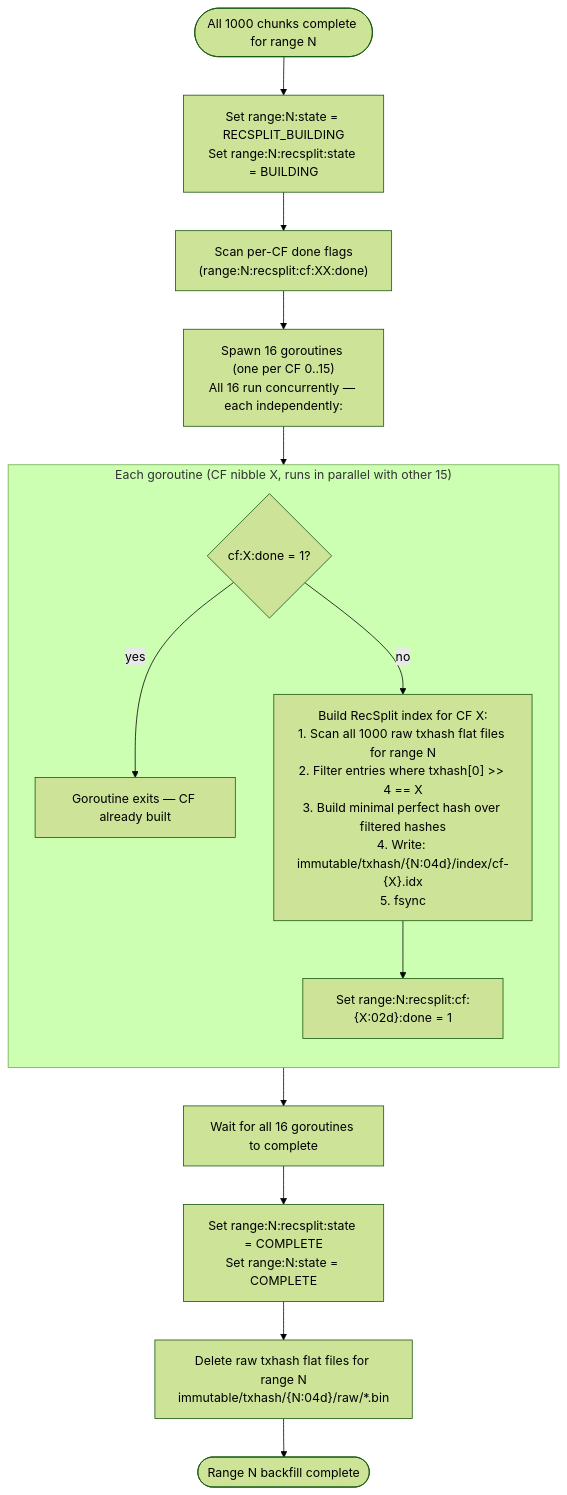
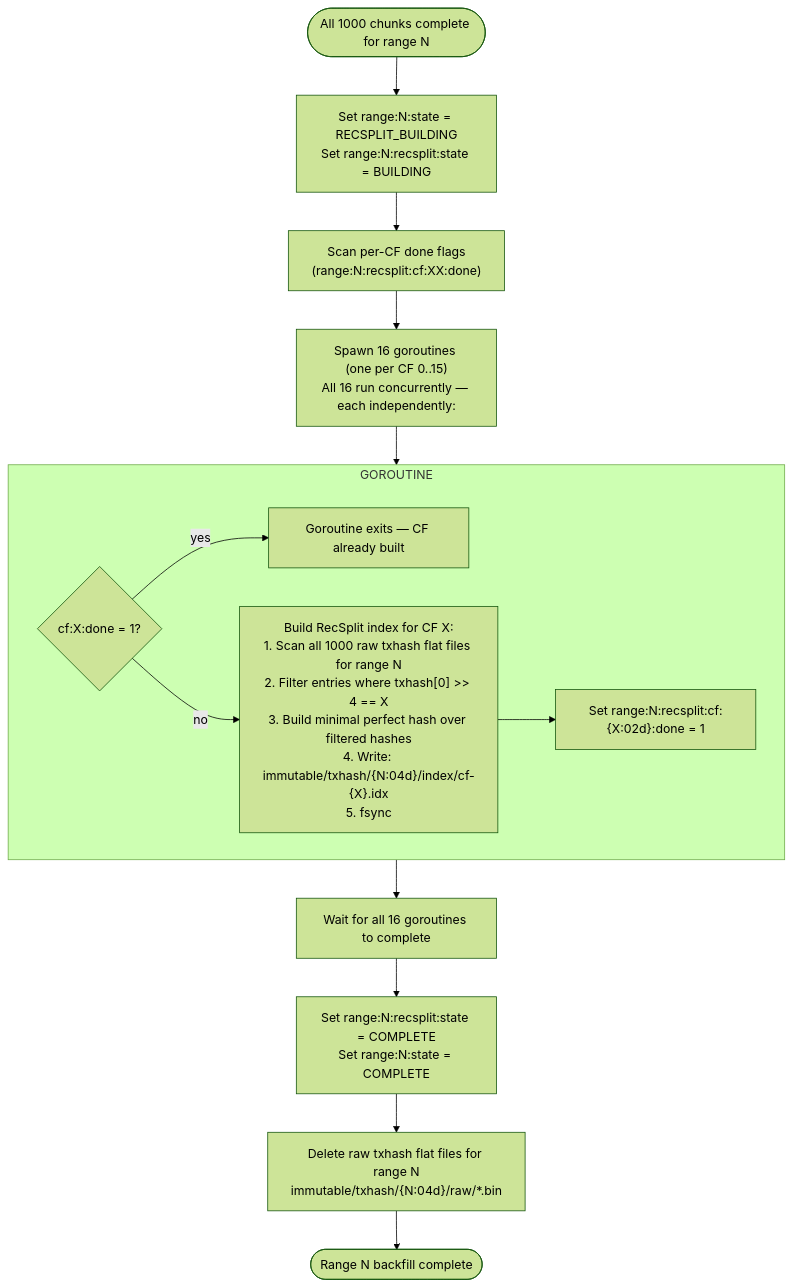
Before and after one commit to karthikiyer56/stellar-full-history-ingestion: the first of 2 diagrams in design-docs-v2/05-backfill-transition-workflow.md, drawn with Mermaid (forest theme). The commit also changed other lines of this file and 4 other files, not shown here.

Commit message:
fix: remove quoted labels and direction from mermaid subgraphs for GitHub rendering

````diff
--- a/design-docs-v2/05-backfill-transition-workflow.md
+++ b/design-docs-v2/05-backfill-transition-workflow.md
@@ -28,23 +28,22 @@
 ```mermaid
 flowchart TD
     START(["All 1000 chunks complete for range N"]) --> SET_STATE["Set range:N:state = RECSPLIT_BUILDING<br/>Set range:N:recsplit:state = BUILDING"]
     SET_STATE --> SCAN_CFS["Scan per-CF done flags<br/>(range:N:recsplit:cf:XX:done)"]
     SCAN_CFS --> SPAWN["Spawn 16 goroutines (one per CF 0..15)<br/>All 16 run concurrently — each independently:"]
 
-    subgraph GOROUTINE["Each goroutine (CF nibble X, runs in parallel with other 15)"]
-        direction TB
+    subgraph GOROUTINE
         CF_CHECK{cf:X:done = 1?}
         CF_SKIP["Goroutine exits — CF already built"]
         CF_BUILD["Build RecSplit index for CF X:<br/>1. Scan all 1000 raw txhash flat files for range N<br/>2. Filter entries where txhash[0] >> 4 == X<br/>3. Build minimal perfect hash over filtered hashes<br/>4. Write: immutable/txhash/{N:04d}/index/cf-{X}.idx<br/>5. fsync"]
         CF_SET_DONE["Set range:N:recsplit:cf:{X:02d}:done = 1"]
         CF_CHECK -->|yes| CF_SKIP
         CF_CHECK -->|no| CF_BUILD
         CF_BUILD --> CF_SET_DONE
     end
 
     SPAWN --> GOROUTINE
     GOROUTINE --> WAIT["Wait for all 16 goroutines to complete"]
     WAIT --> SET_COMPLETE["Set range:N:recsplit:state = COMPLETE<br/>Set range:N:state = COMPLETE"]
     SET_COMPLETE --> CLEANUP["Delete raw txhash flat files for range N<br/>immutable/txhash/{N:04d}/raw/*.bin"]
     CLEANUP --> DONE(["Range N backfill complete"])
 ```
````
